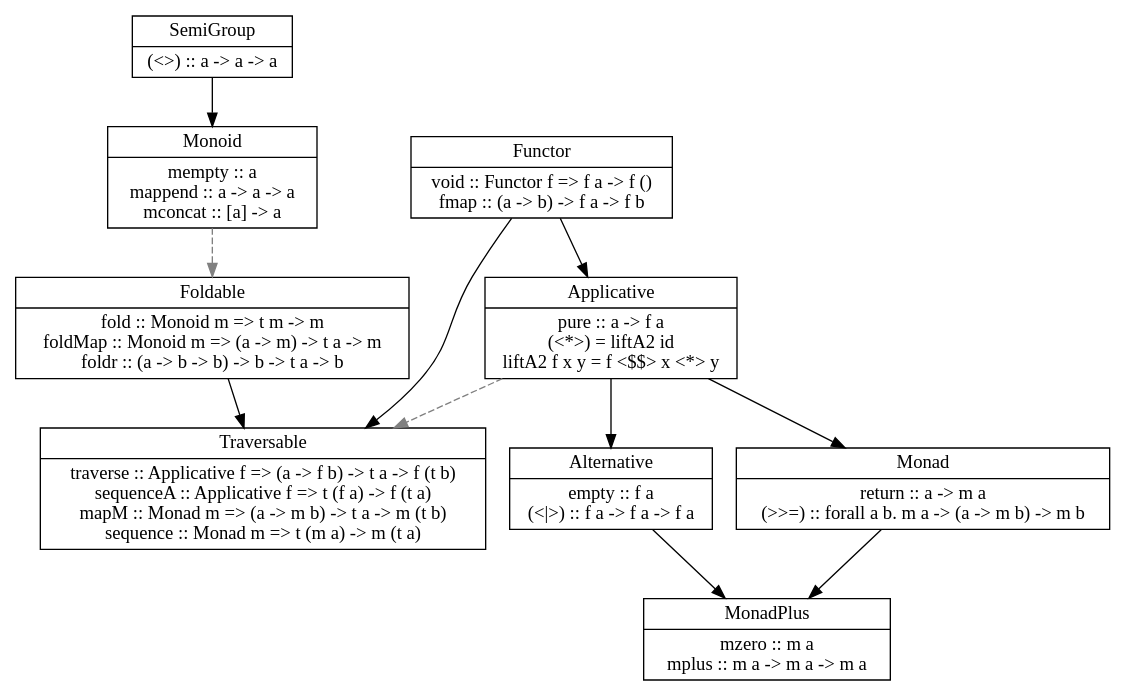
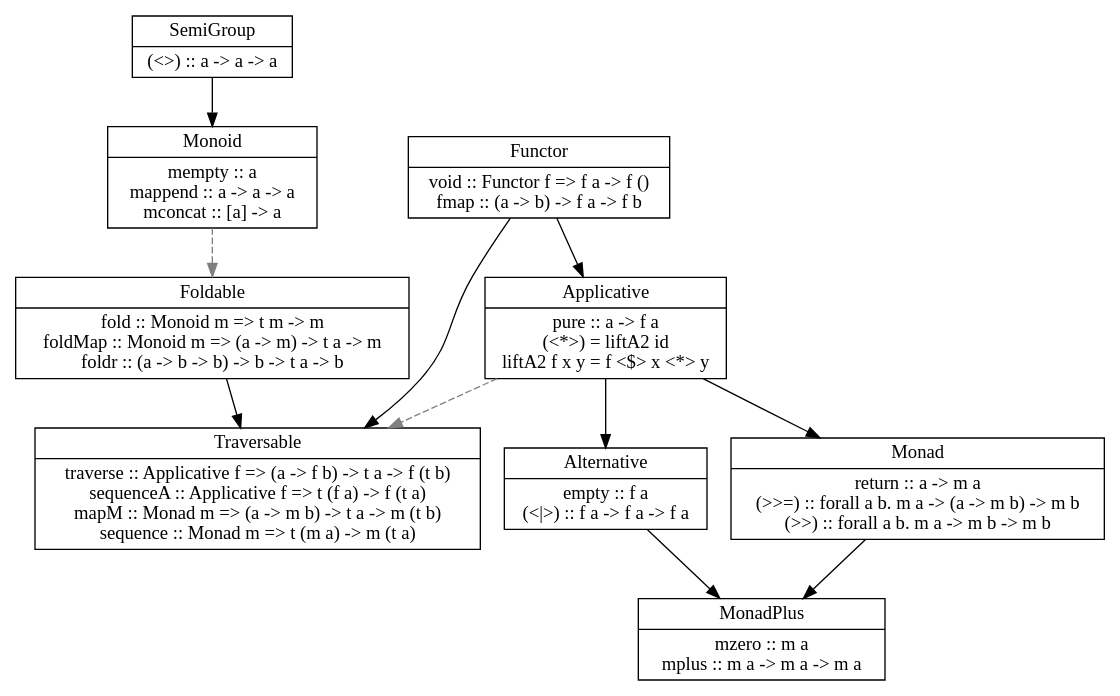
The diagram in HaskellTypeClasses.gv (fuszenecker/HsDie), drawn with Graphviz before and after one commit. The commit also changed 2 other files, not shown here.

```diff
--- a/HaskellTypeClasses.gv
+++ b/HaskellTypeClasses.gv
@@ -1,59 +1,59 @@
 digraph TECU {
     graph [ fontname = "dubai" ]
     node  [ fontname = "dubai" shape = record ]
     edge  [ fontname = "dubai" ]
 
     SemiGroup [
         label = "{SemiGroup|(\<\>) :: a -\> a -\> a}"
     ]
 
     Monoid [
         label = "{Monoid|mempty :: a\nmappend :: a -\> a -\> a\nmconcat :: [a] -\> a}"
     ]
 
     Foldable [
         label = "{Foldable|fold :: Monoid m =\> t m -\> m\nfoldMap :: Monoid m =\> (a -\> m) -\> t a -\> m\nfoldr :: (a -\> b -\> b) -\> b -\> t a -\> b}"
     ]
 
     Traversable [
         label = "{Traversable|traverse :: Applicative f =\> (a -\> f b) -\> t a -\> f (t b)\nsequenceA :: Applicative f =\> t (f a) -\> f (t a)\nmapM :: Monad m =\> (a -\> m b) -\> t a -\> m (t b)\nsequence :: Monad m =\> t (m a) -\> m (t a)}"
     ]
 
     Functor [
         label = "{Functor|void :: Functor f =\> f a -\> f ()\nfmap :: (a -\> b) -\> f a -\> f b}"
     ]
 
     Applicative [
-        label = "{Applicative|pure :: a -\> f a\n(\<*\>) = liftA2 id\nliftA2 f x y = f \<$$\> x \<*\> y}"
+        label = "{Applicative|pure :: a -\> f a\n(\<*\>) = liftA2 id\nliftA2 f x y = f \<$\> x \<*\> y}"
     ]
 
     Alternative [
         label = "{Alternative|empty :: f a\n(\<\|\>) :: f a -\> f a -\> f a}"
     ]
 
     Monad [
-        label = "{Monad|return :: a -\> m a\n(\>\>=) :: forall a b. m a -\> (a -\> m b) -\> m b}"
+        label = "{Monad|return :: a -\> m a\n(\>\>=) :: forall a b. m a -\> (a -\> m b) -\> m b\n(\>\>) :: forall a b. m a -\> m b -\> m b}"
     ]
 
     MonadPlus [
         label = "{MonadPlus|mzero :: m a\nmplus :: m a -\> m a -\> m a}"
     ]
 
     SemiGroup -> Monoid
 
     Foldable -> Traversable
 
     Functor -> Traversable
 
     Functor -> Applicative
     Applicative -> Monad
     Applicative -> Alternative
 
     Monad -> MonadPlus
     Alternative -> MonadPlus
 
     edge [ style = dashed, color = grey ]
 
     Monoid -> Foldable
     Applicative -> Traversable
 }
```
